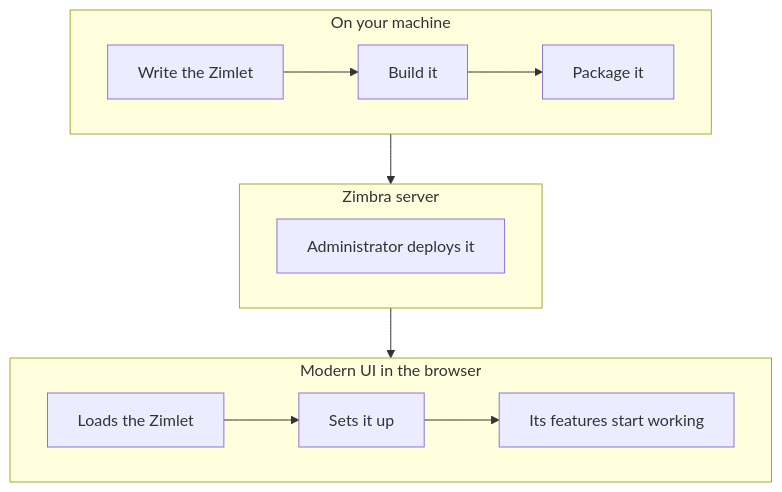
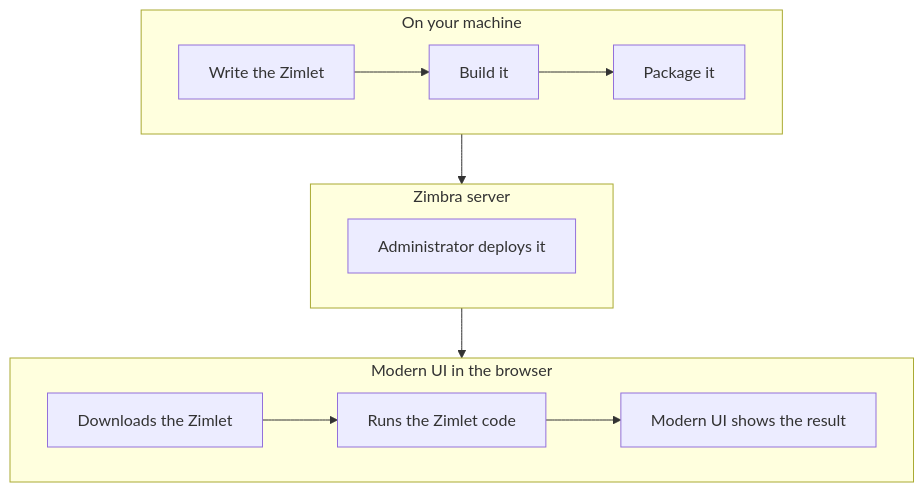
Before and after one commit to Zimbra/zimlet-cli: the diagram in documentation/modules/ROOT/images/diagrams/zimlet-lifecycle.mmd, drawn with Mermaid. The commit also changed 368 other files, not shown here.

```diff
--- a/documentation/modules/ROOT/images/diagrams/zimlet-lifecycle.mmd
+++ b/documentation/modules/ROOT/images/diagrams/zimlet-lifecycle.mmd
@@ -1,14 +1,14 @@
 flowchart TB
   subgraph author["On your machine"]
     direction LR
     A["Write the Zimlet"] --> B["Build it"] --> C["Package it"]
   end
   subgraph server["Zimbra server"]
     D["Administrator deploys it"]
   end
   subgraph browser["Modern UI in the browser"]
     direction LR
-    F["Loads the Zimlet"] --> G["Sets it up"] --> H["Its features start working"]
+    F["Downloads the Zimlet"] --> G["Runs the Zimlet code"] --> H["Modern UI shows the result"]
   end
   author --> server
   server --> browser
```
